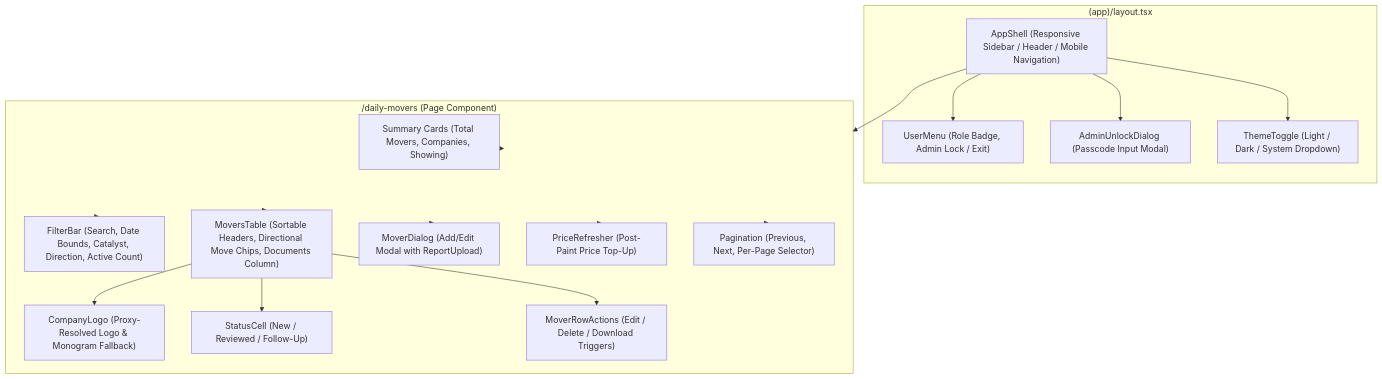
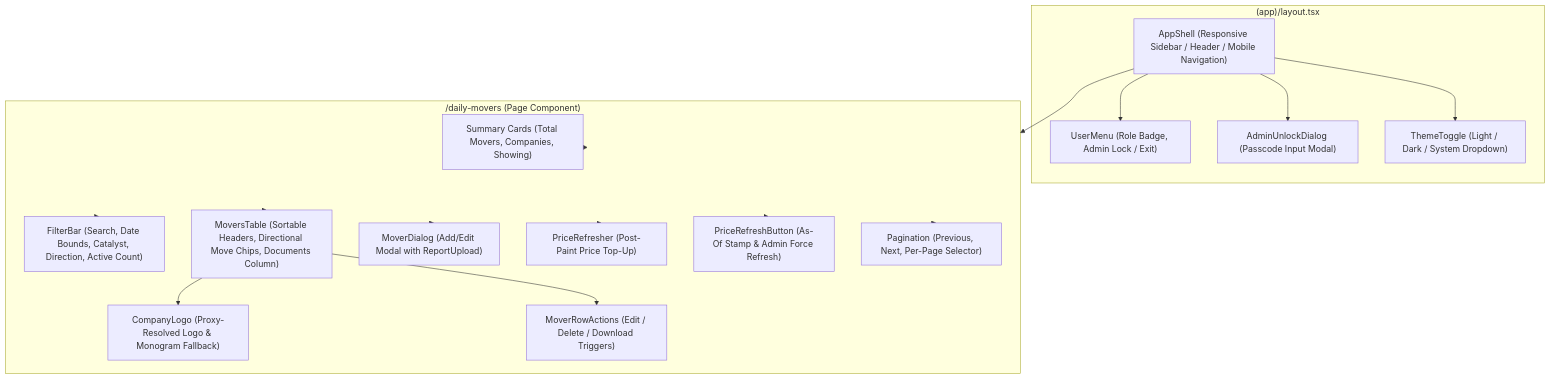
Before and after one commit to Vitti-Capital-Tech/daily-movers-dashboard: the fifth of 5 diagrams in docs/LLD.md, drawn with Mermaid. The commit also changed other lines of this file and 20 other files, not shown here.

````diff
--- a/docs/LLD.md
+++ b/docs/LLD.md
@@ -447,35 +442,35 @@
 ```mermaid
 graph TD
     subgraph Layout["(app)/layout.tsx"]
         Shell["AppShell (Responsive Sidebar / Header / Mobile Navigation)"]
         UserMenu["UserMenu (Role Badge, Admin Lock / Exit)"]
         Unlock["AdminUnlockDialog (Passcode Input Modal)"]
         Toggle["ThemeToggle (Light / Dark / System Dropdown)"]
     end
 
     subgraph DailyMoversPage["/daily-movers (Page Component)"]
         Summary["Summary Cards (Total Movers, Companies, Showing)"]
         Filter["FilterBar (Search, Date Bounds, Catalyst, Direction, Active Count)"]
         Table["MoversTable (Sortable Headers, Directional Move Chips, Documents Column)"]
         Dialog["MoverDialog (Add/Edit Modal with ReportUpload)"]
         Logo["CompanyLogo (Proxy-Resolved Logo & Monogram Fallback)"]
-        Status["StatusCell (New / Reviewed / Follow-Up)"]
         Refresher["PriceRefresher (Post-Paint Price Top-Up)"]
+        RefreshBtn["PriceRefreshButton (As-Of Stamp & Admin Force Refresh)"]
         RowActions["MoverRowActions (Edit / Delete / Download Triggers)"]
         Pager["Pagination (Previous, Next, Per-Page Selector)"]
     end
 
     Shell --> UserMenu
     Shell --> Unlock
     Shell --> Toggle
     Shell --> DailyMoversPage
     DailyMoversPage --> Summary
     DailyMoversPage --> Filter
     DailyMoversPage --> Table
     DailyMoversPage --> Dialog
     DailyMoversPage --> Pager
     Table --> Logo
     Table --> RowActions
-    Table --> Status
     DailyMoversPage --> Refresher
+    DailyMoversPage --> RefreshBtn
 ```
````
